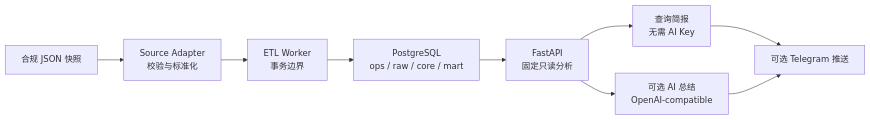
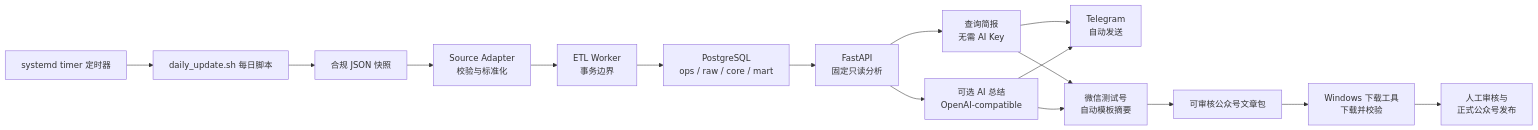
The diagram in README.zh-CN.md (Altriaqe/OpenJobFlow), drawn with Mermaid before and after one commit. The commit also changed other lines of this file and 3 other files, not shown here.

Commit message:
更新项目架构流程图

````diff
--- a/README.zh-CN.md
+++ b/README.zh-CN.md
@@ -46,11 +46,18 @@
 ```mermaid
 flowchart LR
-    A["合规 JSON 快照"] --> B["Source Adapter<br/>校验与标准化"]
+    T["systemd timer 定时器"] --> W["daily_update.sh 每日脚本"]
+    W --> A["合规 JSON 快照"]
+    A --> B["Source Adapter<br/>校验与标准化"]
     B --> C["ETL Worker<br/>事务边界"]
     C --> D["PostgreSQL<br/>ops / raw / core / mart"]
     D --> E["FastAPI<br/>固定只读分析"]
     E --> F["查询简报<br/>无需 AI Key"]
     E --> G["可选 AI 总结<br/>OpenAI-compatible"]
-    F --> H["可选 Telegram 推送"]
+    F --> H["Telegram<br/>自动发送"]
     G --> H
+    F --> I["微信测试号<br/>自动模板摘要"]
+    G --> I
+    I --> J["可审核公众号文章包"]
+    J --> K["Windows 下载工具<br/>下载并校验"]
+    K --> L["人工审核与<br/>正式公众号发布"]
 ```
````
